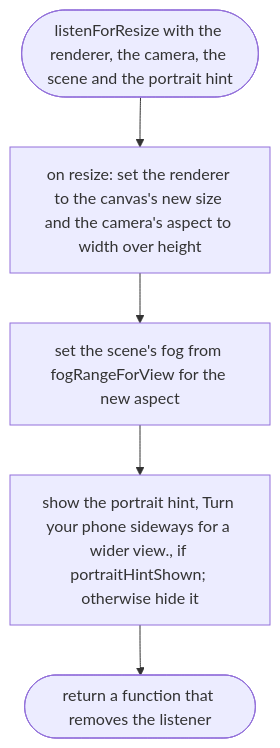
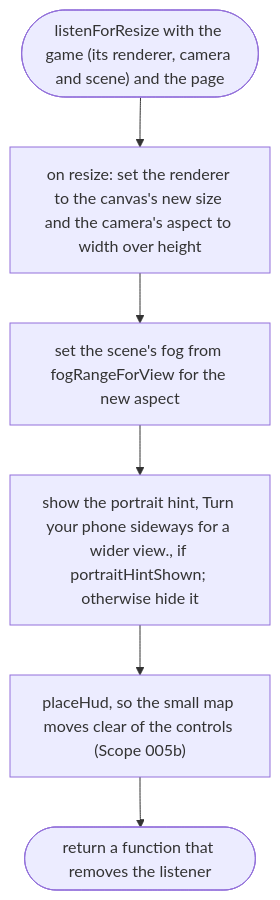
One commit to NewDara-Star/world-engine changed the fourth of 6 diagrams in docs/designs/src/game/main.md. Above: the diagram before and after it, drawn with Mermaid. The commit also changed other lines of this file and 58 other files, not shown here.

First line of the commit message:
Slice 1b: the street you are on, and a small map

````diff
--- a/docs/designs/src/game/main.md
+++ b/docs/designs/src/game/main.md
@@ -70,9 +71,10 @@
 ```mermaid
 flowchart TD
-  s(["listenForResize with the renderer, the camera, the scene and the portrait hint"])
+  s(["listenForResize with the game (its renderer, camera and scene) and the page"])
   a["on resize: set the renderer to the canvas's new size and the camera's aspect to width over height"]
   b["set the scene's fog from fogRangeForView for the new aspect"]
   c["show the portrait hint, Turn your phone sideways for a wider view., if portraitHintShown; otherwise hide it"]
+  e["placeHud, so the small map moves clear of the controls (Scope 005b)"]
   d(["return a function that removes the listener"])
-  s --> a --> b --> c --> d
+  s --> a --> b --> c --> e --> d
 ```
````
